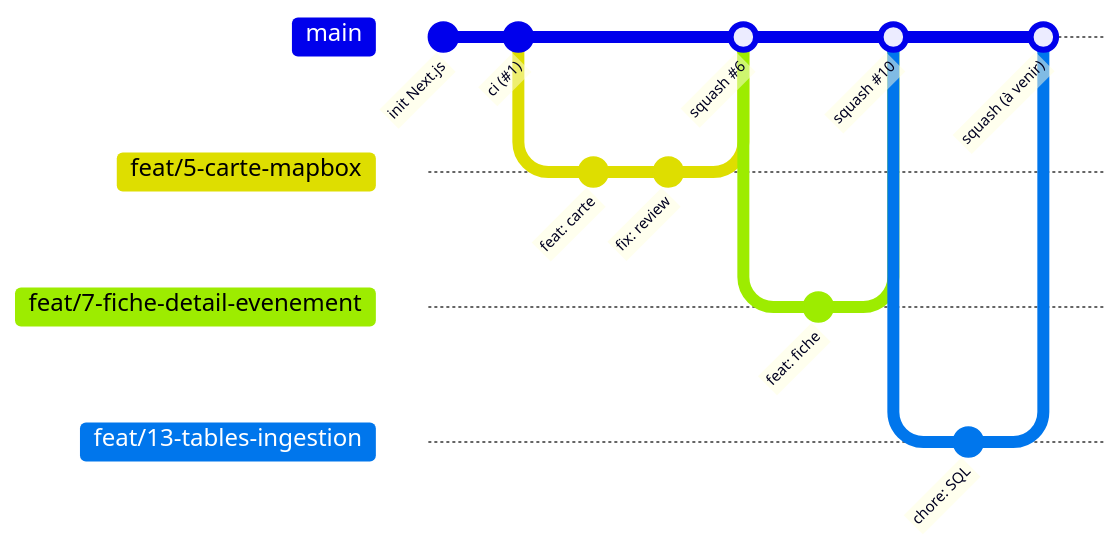
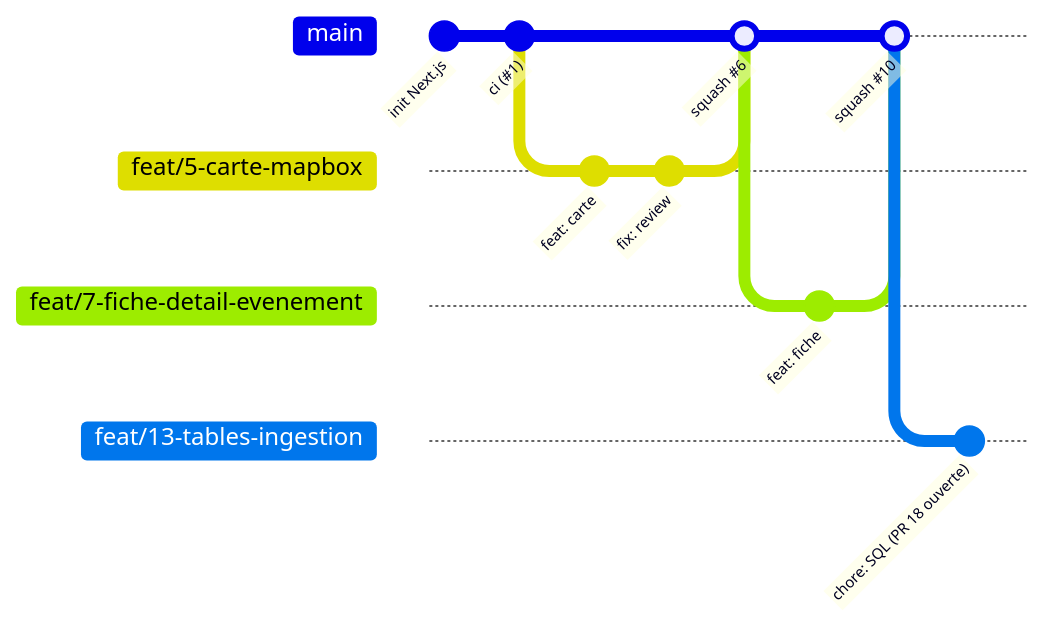
Before and after one commit to mehdisebei-debug/KIDS-APP: the tenth of 12 diagrams in docs/SDLC.md, drawn with Mermaid. The commit also changed other lines of this file, not shown here.

````diff
--- a/docs/SDLC.md
+++ b/docs/SDLC.md
@@ -513,18 +677,16 @@
 ```mermaid
 gitGraph
     commit id: "init Next.js"
     commit id: "ci (#1)"
     branch feat/5-carte-mapbox
     commit id: "feat: carte"
     commit id: "fix: review"
     checkout main
     merge feat/5-carte-mapbox id: "squash #6"
     branch feat/7-fiche-detail-evenement
     commit id: "feat: fiche"
     checkout main
     merge feat/7-fiche-detail-evenement id: "squash #10"
     branch feat/13-tables-ingestion
-    commit id: "chore: SQL"
-    checkout main
-    merge feat/13-tables-ingestion id: "squash (à venir)"
+    commit id: "chore: SQL (PR 18 ouverte)"
 ```
````
